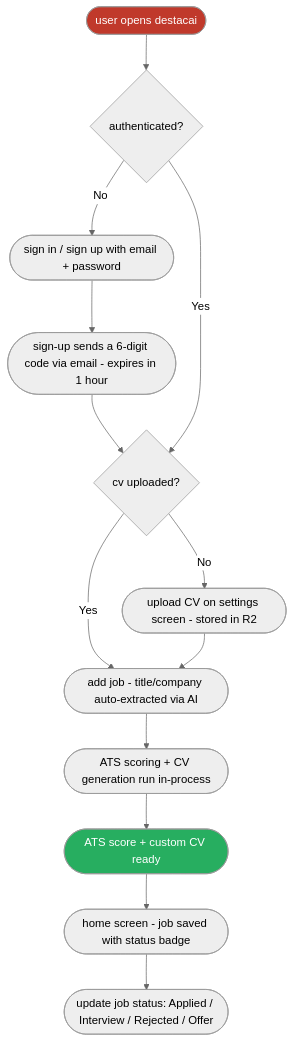
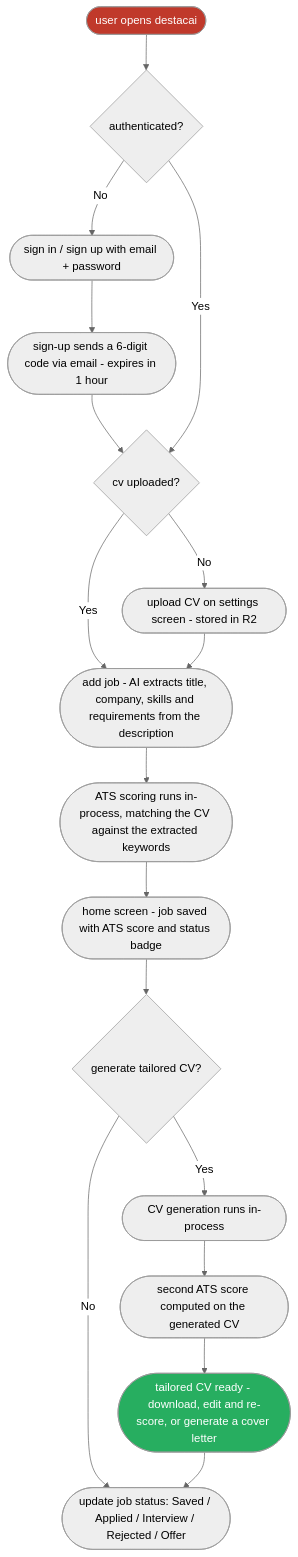
Before and after one commit to Mlucas4330/destacai: the diagram in README.md, drawn with Mermaid (neutral theme).

Commit message:
fix: adjust the mermaid flow

````diff
--- a/README.md
+++ b/README.md
@@ -71,22 +71,26 @@
 ```mermaid
 flowchart TD
     A([user opens destacai]) --> B{authenticated?}
 
     B -->|No| C([sign in / sign up with email + password])
     C --> C1([sign-up sends a 6-digit code via email - expires in 1 hour])
     C1 --> D{cv uploaded?}
     B -->|Yes| D
 
     D -->|No| E([upload CV on settings screen - stored in R2])
-    D -->|Yes| F([add job - title/company auto-extracted via AI])
+    D -->|Yes| F([add job - AI extracts title, company, skills and requirements from the description])
     E --> F
 
-    F --> H([ATS scoring + CV generation run in-process])
-    H --> L([ATS score + custom CV ready])
+    F --> G([ATS scoring runs in-process, matching the CV against the extracted keywords])
+    G --> H([home screen - job saved with ATS score and status badge])
 
-    L --> M([home screen - job saved with status badge])
-    M --> N([update job status: Applied / Interview / Rejected / Offer])
+    H --> I{generate tailored CV?}
+    I -->|No| N([update job status: Saved / Applied / Interview / Rejected / Offer])
+    I -->|Yes| J([CV generation runs in-process])
+    J --> K([second ATS score computed on the generated CV])
+    K --> L([tailored CV ready - download, edit and re-score, or generate a cover letter])
+    L --> N
 
     style A fill:#c0392b,color:#fff
     style L fill:#27ae60,color:#fff
 ```
````
